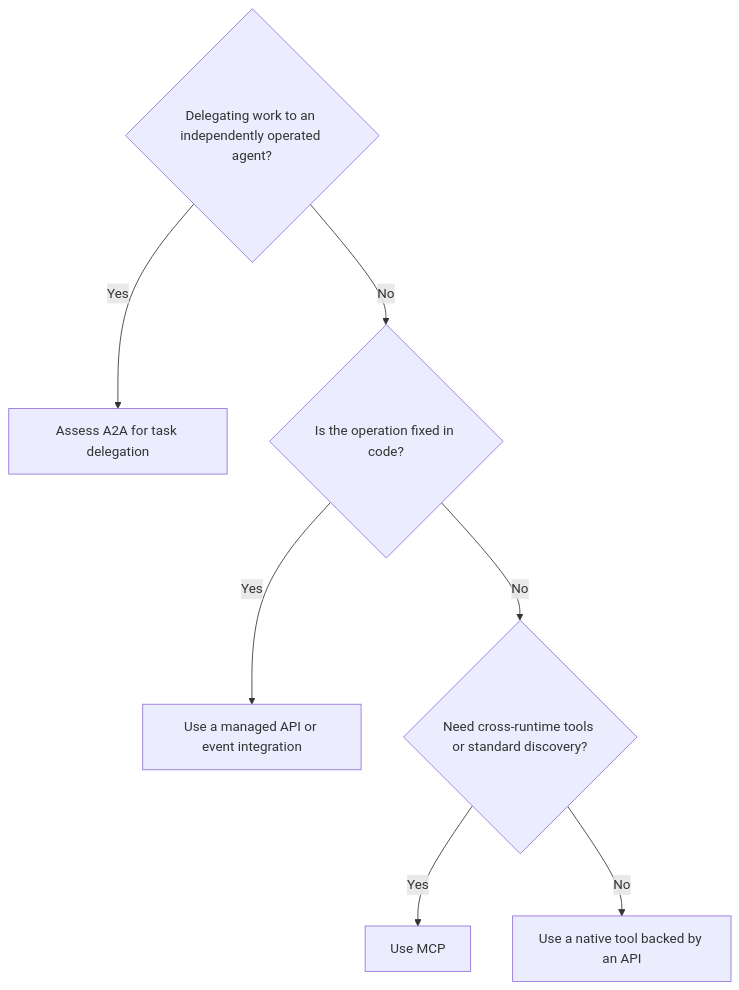
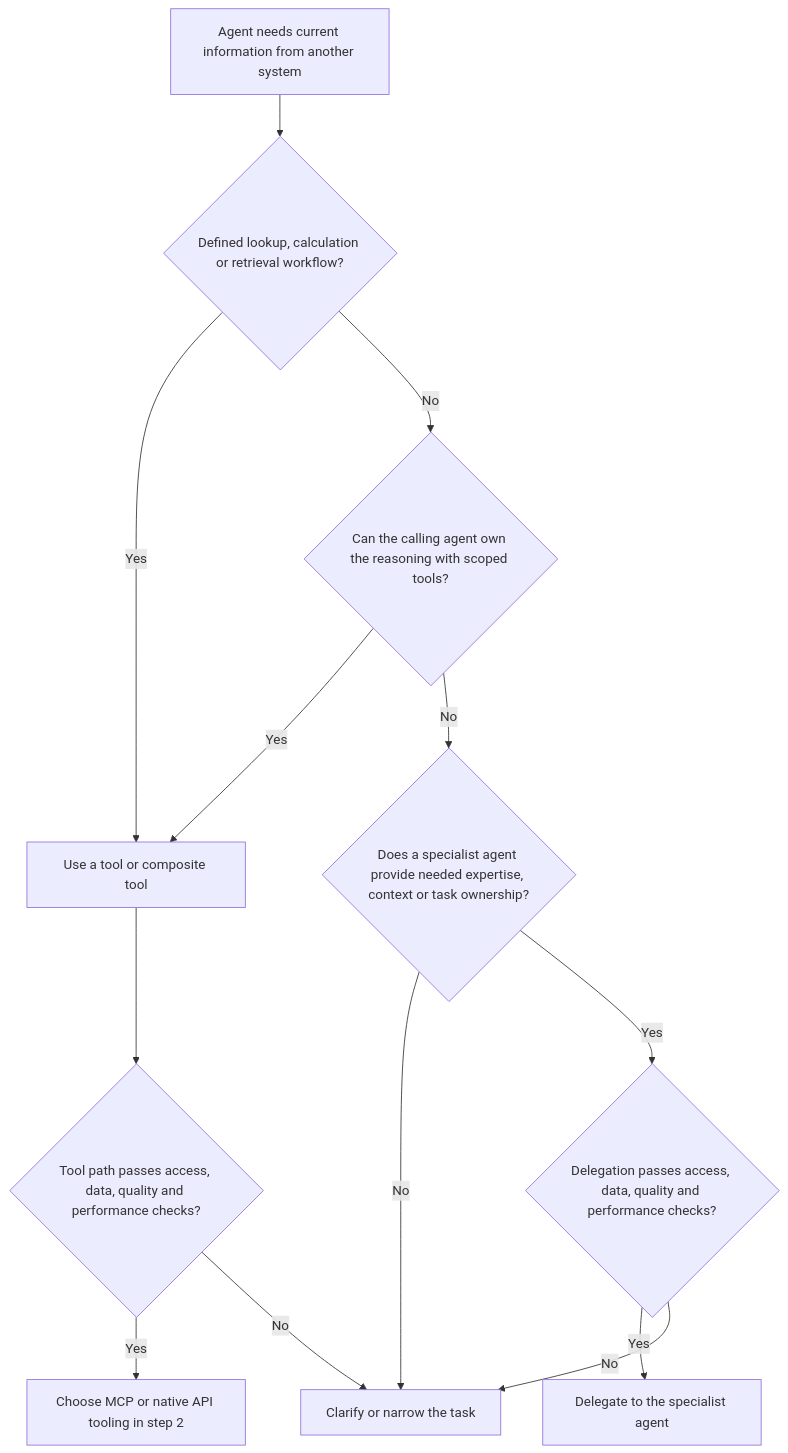
Before and after one commit to vishalahire/mcp-for-enterprise: the first of 2 diagrams in docs/decision-tree.md, drawn with Mermaid. The commit also changed other lines of this file and 3 other files, not shown here.

Commit message:
docs: center decision tree on agent tool access and specialist delegation

````diff
--- a/docs/decision-tree.md
+++ b/docs/decision-tree.md
@@ -7,10 +11,16 @@
 ```mermaid
 flowchart TD
-    A{"Delegating work to an independently operated agent?"}
-    A -->|Yes| B["Assess A2A for task delegation"]
-    A -->|No| C{"Is the operation fixed in code?"}
-    C -->|Yes| D["Use a managed API or event integration"]
-    C -->|No| E{"Need cross-runtime tools or standard discovery?"}
-    E -->|Yes| F["Use MCP"]
-    E -->|No| G["Use a native tool backed by an API"]
+    A["Agent needs current information from another system"]
+    A --> B{"Defined lookup, calculation or retrieval workflow?"}
+    B -->|Yes| T["Use a tool or composite tool"]
+    B -->|No| C{"Can the calling agent own the reasoning with scoped tools?"}
+    C -->|Yes| T
+    C -->|No| D{"Does a specialist agent provide needed expertise, context or task ownership?"}
+    D -->|No| R["Clarify or narrow the task"]
+    D -->|Yes| E{"Delegation passes access, data, quality and performance checks?"}
+    E -->|Yes| F["Delegate to the specialist agent"]
+    E -->|No| R
+    T --> G{"Tool path passes access, data, quality and performance checks?"}
+    G -->|Yes| H["Choose MCP or native API tooling in step 2"]
+    G -->|No| R
 ```
````
